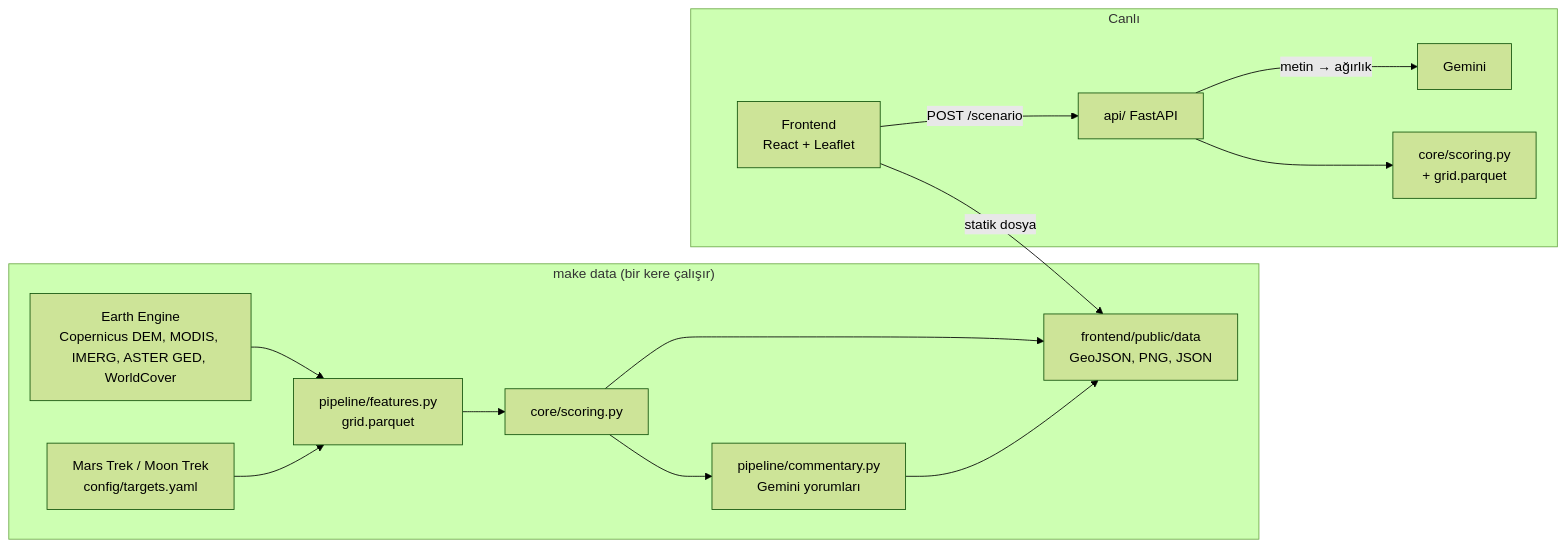
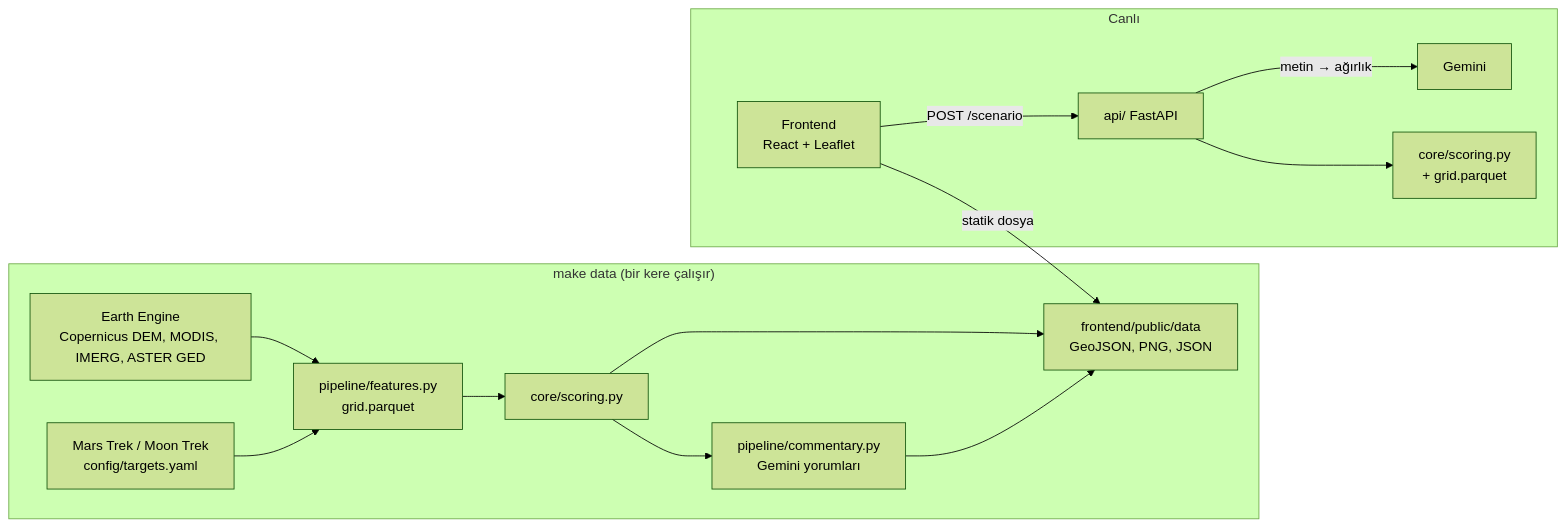
Before and after one commit to NGlory7/GeoCosmos: the diagram in ARCHITECTURE.md, drawn with Mermaid (forest theme). The commit also changed 12 other files, not shown here.

First line of the commit message:
Earth Engine exportunu gerçek çalıştırmaya hazırla: karolar, MODIS maskeleri, hızlandırma

````diff
--- a/ARCHITECTURE.md
+++ b/ARCHITECTURE.md
@@ -33,16 +33,16 @@
 ```mermaid
 flowchart LR
   subgraph Offline["make data (bir kere çalışır)"]
-    EE["Earth Engine<br/>Copernicus DEM, MODIS, IMERG, ASTER GED, WorldCover"] --> FEAT["pipeline/features.py<br/>grid.parquet"]
+    EE["Earth Engine<br/>Copernicus DEM, MODIS, IMERG, ASTER GED"] --> FEAT["pipeline/features.py<br/>grid.parquet"]
     TREK["Mars Trek / Moon Trek<br/>config/targets.yaml"] --> FEAT
     FEAT --> CORE1["core/scoring.py"]
     CORE1 --> OUT["frontend/public/data<br/>GeoJSON, PNG, JSON"]
     CORE1 --> LLM1["pipeline/commentary.py<br/>Gemini yorumları"] --> OUT
   end
   subgraph Online["Canlı"]
     UI["Frontend<br/>React + Leaflet"] -->|statik dosya| OUT
     UI -->|POST /scenario| API["api/ FastAPI"]
     API -->|metin → ağırlık| GEM["Gemini"]
     API --> CORE2["core/scoring.py<br/>+ grid.parquet"]
   end
 ```
````
